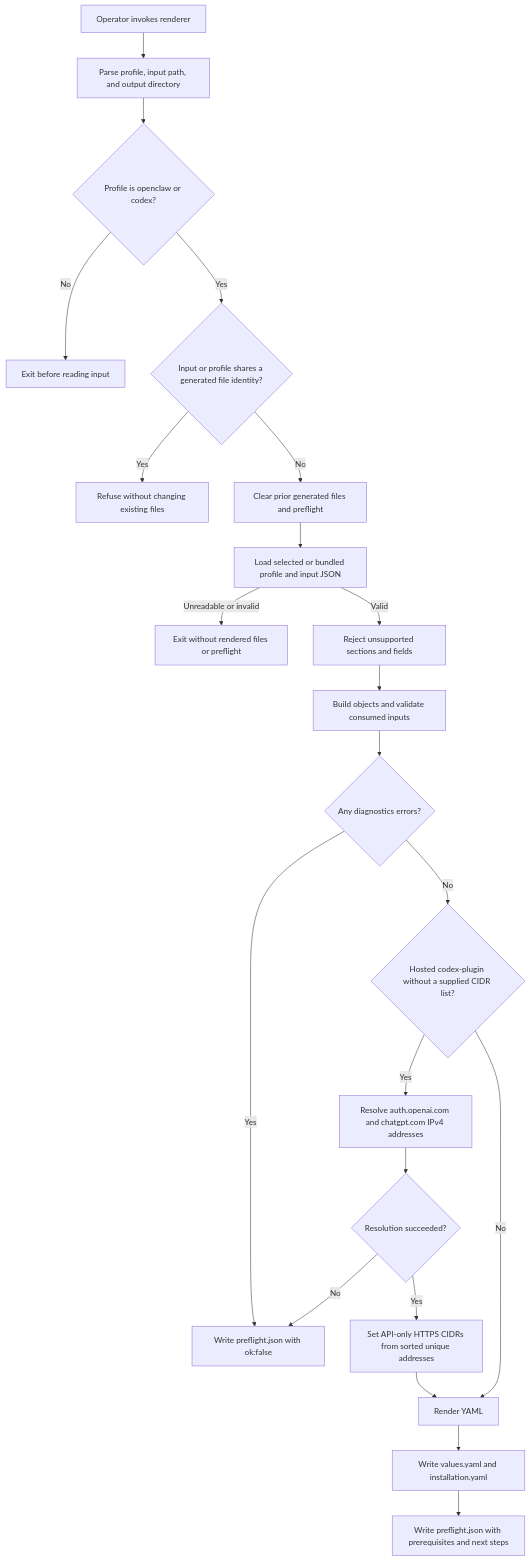
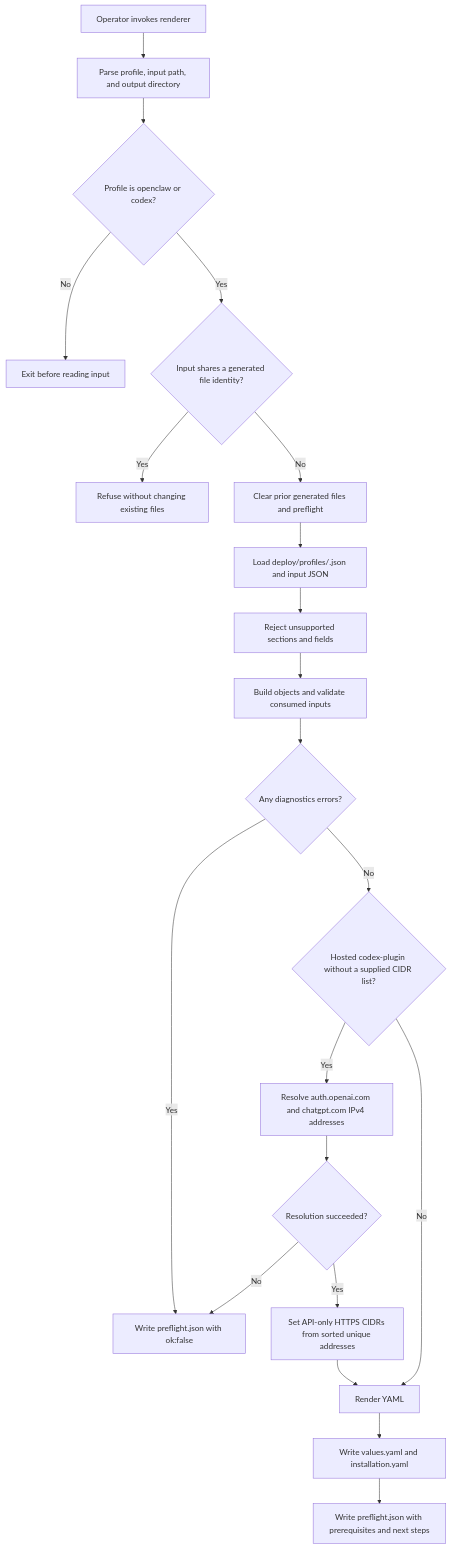
Before and after one commit to openclaw/openclaw-enterprise: the diagram in docs/flows/installation-profile-rendering.md, drawn with Mermaid. The commit also changed other lines of this file and 14 other files, not shown here.

````diff
--- a/docs/flows/installation-profile-rendering.md
+++ b/docs/flows/installation-profile-rendering.md
@@ -30,24 +30,23 @@
 ```mermaid
 graph TD
   A["Operator invokes renderer"] --> B["Parse profile, input path, and output directory"]
   B --> C{"Profile is openclaw or codex?"}
   C -->|No| X["Exit before reading input"]
-  C -->|Yes| P{"Input or profile shares a generated file identity?"}
+  C -->|Yes| P{"Input shares a generated file identity?"}
   P -->|Yes| Q["Refuse without changing existing files"]
   P -->|No| R["Clear prior generated files and preflight"]
-  R --> D["Load selected or bundled profile and input JSON"]
-  D -->|Unreadable or invalid| Y["Exit without rendered files or preflight"]
-  D -->|Valid| E["Reject unsupported sections and fields"]
+  R --> D["Load deploy/profiles/<profile>.json and input JSON"]
+  D --> E["Reject unsupported sections and fields"]
   E --> F["Build objects and validate consumed inputs"]
   F --> G{"Any diagnostics errors?"}
   G -->|Yes| H["Write preflight.json with ok:false"]
   G -->|No| I{"Hosted codex-plugin without a supplied CIDR list?"}
   I -->|Yes| M["Resolve auth.openai.com and chatgpt.com IPv4 addresses"]
   M --> N{"Resolution succeeded?"}
   N -->|No| H
   N -->|Yes| O["Set API-only HTTPS CIDRs from sorted unique addresses"]
   I -->|No| J["Render YAML"]
   O --> J
   J --> K["Write values.yaml and installation.yaml"]
   K --> L["Write preflight.json with prerequisites and next steps"]
 ```
````
